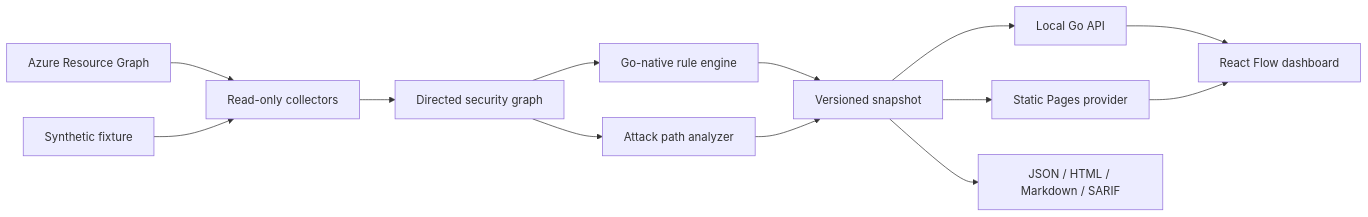
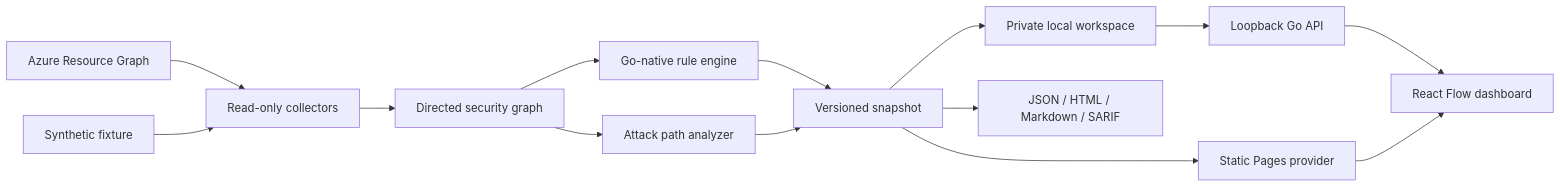
Before and after one commit to meneeses/cloudthreat-atlas: the diagram in README.md, drawn with Mermaid. The commit also changed other lines of this file and 96 other files, not shown here.

Commit message:
feat: turn Atlas into a local-first security workspace

````diff
--- a/README.md
+++ b/README.md
@@ -73,15 +115,16 @@
 ```mermaid
 flowchart LR
     ARG[Azure Resource Graph] --> Collector[Read-only collectors]
     Fixture[Synthetic fixture] --> Collector
     Collector --> Graph[Directed security graph]
     Graph --> Rules[Go-native rule engine]
     Graph --> Paths[Attack path analyzer]
     Rules --> Snapshot[Versioned snapshot]
     Paths --> Snapshot
-    Snapshot --> API[Local Go API]
+    Snapshot --> Store[Private local workspace]
+    Store --> API[Loopback Go API]
     Snapshot --> Static[Static Pages provider]
     API --> UI[React Flow dashboard]
     Static --> UI
     Snapshot --> Reports[JSON / HTML / Markdown / SARIF]
 ```
````
